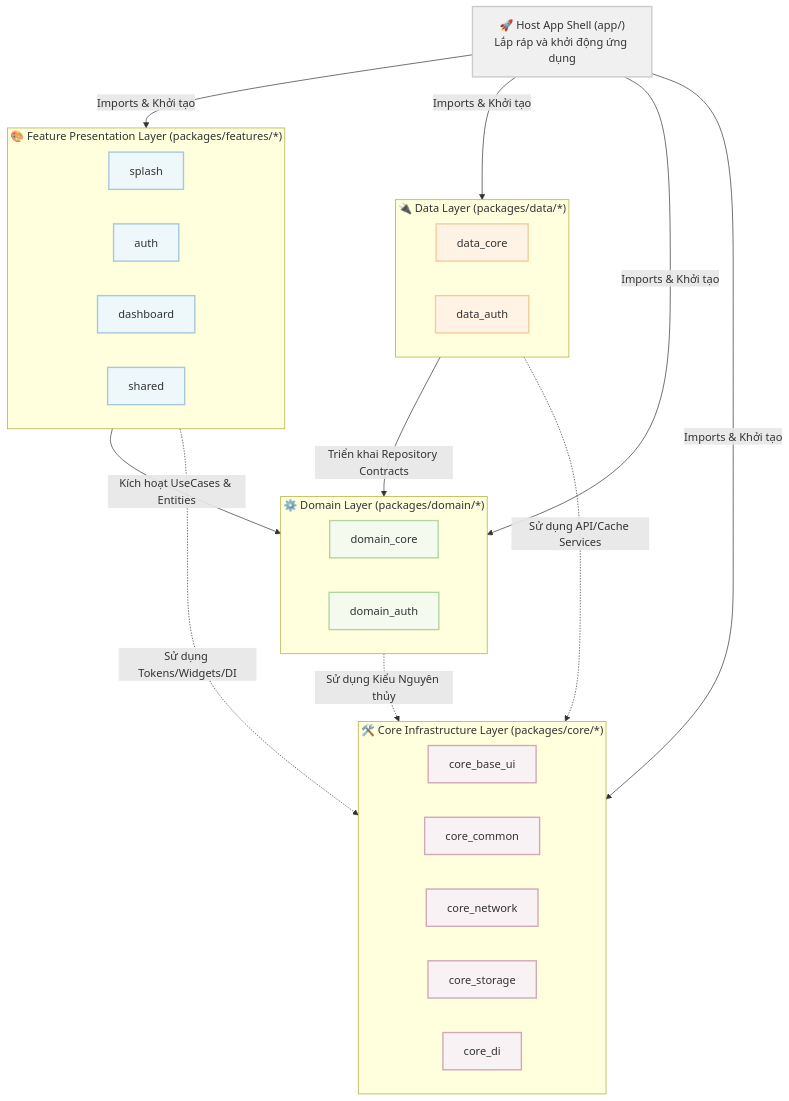
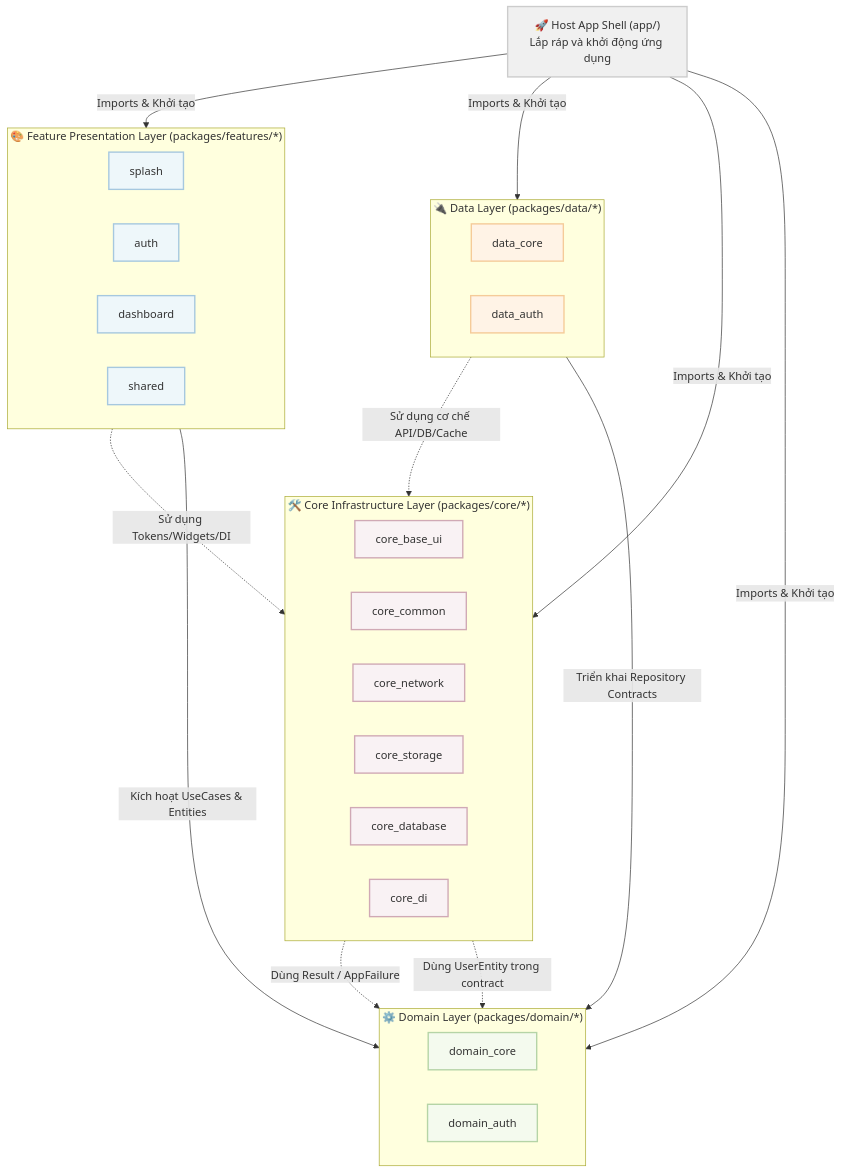
Before and after one commit to CaoGiaHieu-dev/flutter-monorepo-codebase: the diagram in README.vi.md, drawn with Mermaid. The commit also changed other lines of this file and 405 other files, not shown here.

````diff
--- a/README.vi.md
+++ b/README.vi.md
@@ -18,52 +18,57 @@
 ```mermaid
 graph TD
     classDef core fill:#f9f2f4,stroke:#d0a9b5,stroke-width:2px,color:#333;
     classDef feature fill:#eef7fa,stroke:#a6c8df,stroke-width:2px,color:#333;
     classDef domain fill:#f4faee,stroke:#b5d4a6,stroke-width:2px,color:#333;
     classDef data fill:#fff3e6,stroke:#f5cb99,stroke-width:2px,color:#333;
     classDef app fill:#f0f0f0,stroke:#cccccc,stroke-width:2px,color:#333;
 
     App["🚀 Host App Shell (app/)<br/>Lắp ráp và khởi động ứng dụng"]:::app
 
     subgraph FeatureLayer ["🎨 Feature Presentation Layer (packages/features/*)"]
         direction LR
         FeatSplash["splash"]:::feature
         FeatAuth["auth"]:::feature
         FeatDash["dashboard"]:::feature
         FeatShared["shared"]:::feature
     end
 
     subgraph DataLayer ["🔌 Data Layer (packages/data/*)"]
         direction LR
         DataCore["data_core"]:::data
         DataAuth["data_auth"]:::data
     end
 
     subgraph DomainLayer ["⚙️ Domain Layer (packages/domain/*)"]
         direction LR
         DomCore["domain_core"]:::domain
         DomAuth["domain_auth"]:::domain
     end
 
     subgraph CoreLayer ["🛠️ Core Infrastructure Layer (packages/core/*)"]
         direction LR
         CoreUI["core_base_ui"]:::core
         CoreCom["core_common"]:::core
         CoreNet["core_network"]:::core
         CoreStore["core_storage"]:::core
+        CoreDB["core_database"]:::core
         CoreDI["core_di"]:::core
     end
 
     %% Cross-layer Relationships
     App -->|"Imports & Khởi tạo"| FeatureLayer
     App -->|"Imports & Khởi tạo"| DataLayer
     App -->|"Imports & Khởi tạo"| DomainLayer
     App -->|"Imports & Khởi tạo"| CoreLayer
 
     FeatureLayer -->|"Kích hoạt UseCases & Entities"| DomainLayer
     DataLayer -->|"Triển khai Repository Contracts"| DomainLayer
 
     FeatureLayer -.->|"Sử dụng Tokens/Widgets/DI"| CoreLayer
-    DataLayer -.->|"Sử dụng API/Cache Services"| CoreLayer
-    DomainLayer -.->|"Sử dụng Kiểu Nguyên thủy"| CoreCom
+    DataLayer -.->|"Sử dụng cơ chế API/DB/Cache"| CoreLayer
+
+    %% Domain nằm ở tâm và KHÔNG phụ thuộc gì cả.
+    %% Core được phép phụ thuộc Domain — không bao giờ ngược lại.
+    CoreCom -.->|"Dùng Result / AppFailure"| DomCore
+    CoreDI -.->|"Dùng UserEntity trong contract"| DomAuth
 ```
````
